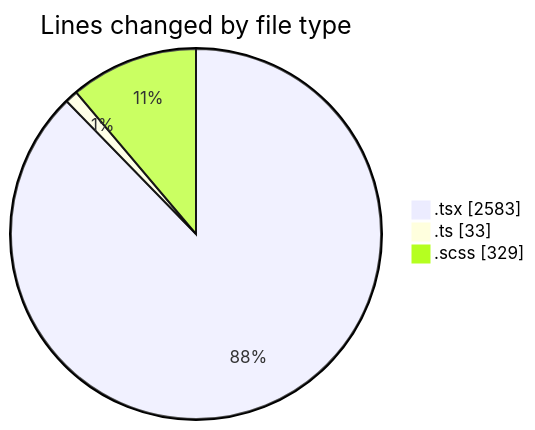
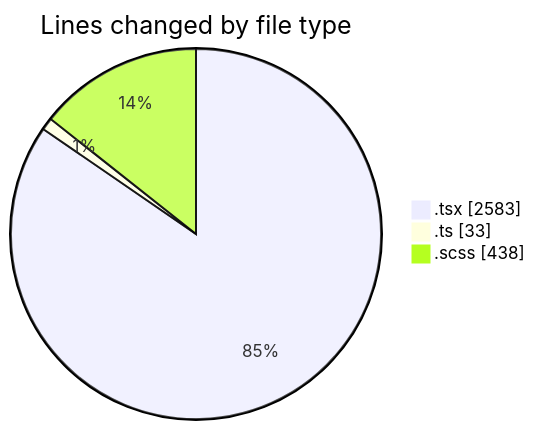
The first of 2 diagrams in 2025-02-12/cda/README.md (momahboobian/code-tracking), drawn with Mermaid before and after one commit. The commit also changed other lines of this file and 1 other file, not shown here.

````diff
--- a/2025-02-12/cda/README.md
+++ b/2025-02-12/cda/README.md
@@ -27,7 +27,7 @@
 ```mermaid
 pie showData
 title Lines changed by file type
 ".tsx" : 2583
 ".ts" : 33
-".scss" : 329
+".scss" : 438
 ```
````
